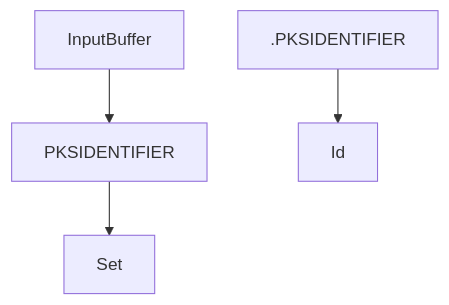
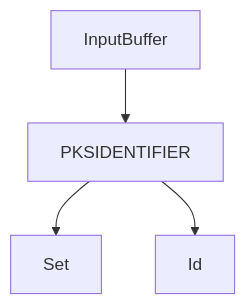
One commit to 0mWindyBug/0mWindyBug.github.io changed the diagram in _posts/2024-10-30-AudioGuard.md. Above: the diagram before and after it, drawn with Mermaid.

````diff
--- a/_posts/2024-10-30-AudioGuard.md
+++ b/_posts/2024-10-30-AudioGuard.md
@@ -90,6 +90,6 @@
 ```mermaid
 graph TD;
     InputBuffer-->PKSIDENTIFIER;
     PKSIDENTIFIER-->Set;
-   .PKSIDENTIFIER-->Id;
+    PKSIDENTIFIER-->Id;
 ```
````
